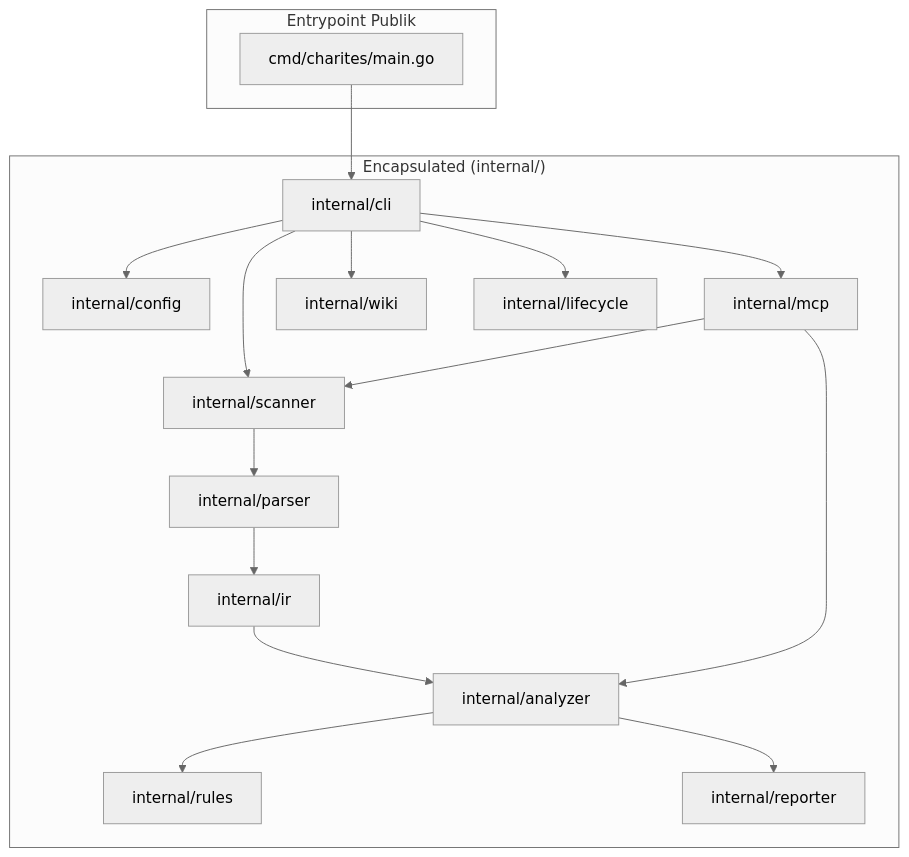
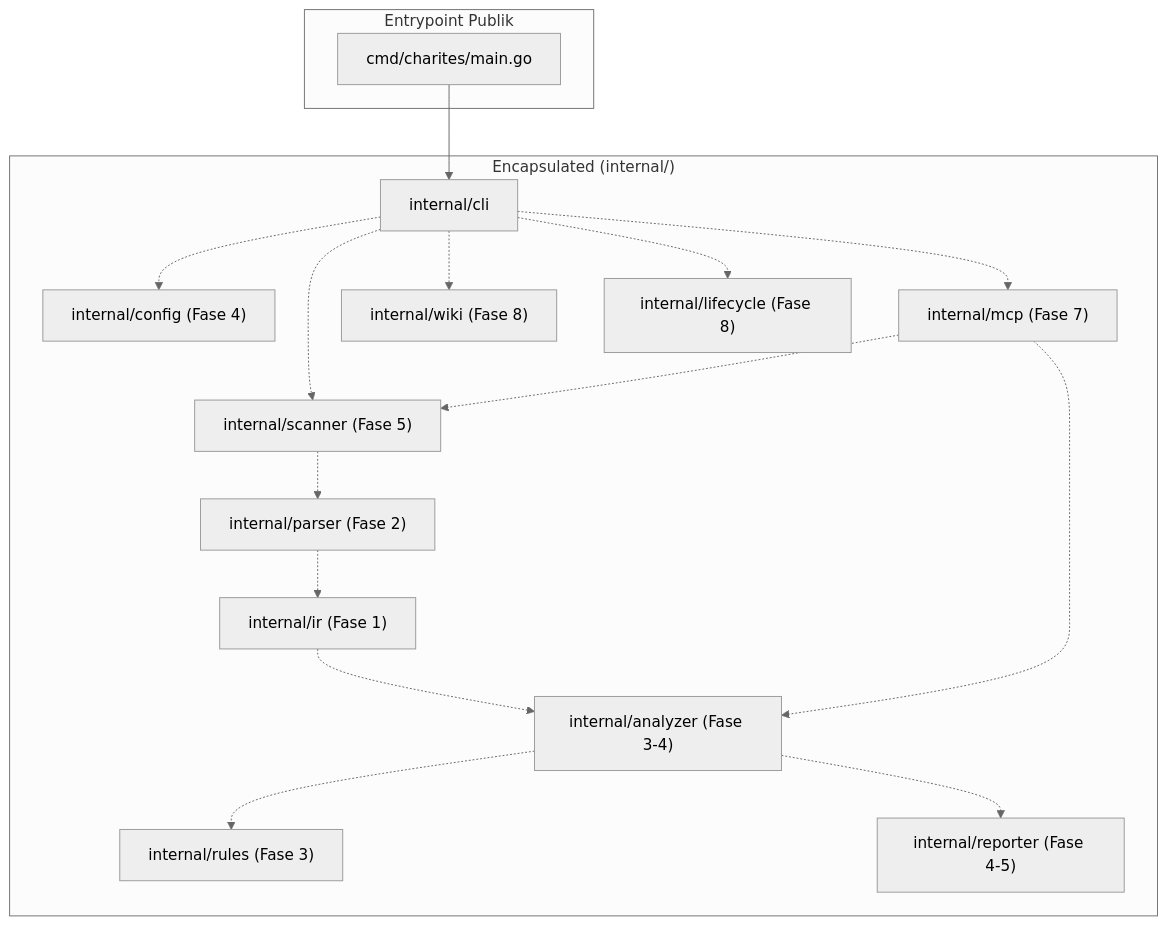
One commit to will2469/charites changed the diagram in docs/02-architecture/00-setup.md. Above: the diagram before and after it, drawn with Mermaid (neutral theme). The commit also changed other lines of this file and 5 other files, not shown here.

````diff
--- a/docs/02-architecture/00-setup.md
+++ b/docs/02-architecture/00-setup.md
@@ -17,34 +27,34 @@
 ```mermaid
 graph TD
     subgraph PublicBoundary ["Entrypoint Publik"]
         Main["cmd/charites/main.go"]
     end
 
     subgraph InternalBoundary ["Encapsulated (internal/)"]
         CLI["internal/cli"]
-        Config["internal/config"]
-        Scanner["internal/scanner"]
-        Parser["internal/parser"]
-        IR["internal/ir"]
-        Analyzer["internal/analyzer"]
-        Rules["internal/rules"]
-        Reporter["internal/reporter"]
-        MCP["internal/mcp"]
-        Wiki["internal/wiki"]
-        Lifecycle["internal/lifecycle"]
+        Config["internal/config (Fase 4)"]
+        Scanner["internal/scanner (Fase 5)"]
+        Parser["internal/parser (Fase 2)"]
+        IR["internal/ir (Fase 1)"]
+        Analyzer["internal/analyzer (Fase 3-4)"]
+        Rules["internal/rules (Fase 3)"]
+        Reporter["internal/reporter (Fase 4-5)"]
+        MCP["internal/mcp (Fase 7)"]
+        Wiki["internal/wiki (Fase 8)"]
+        Lifecycle["internal/lifecycle (Fase 8)"]
     end
 
     Main --> CLI
-    CLI --> Config
-    CLI --> Scanner
-    CLI --> MCP
-    CLI --> Wiki
-    CLI --> Lifecycle
-    Scanner --> Parser
-    Parser --> IR
-    IR --> Analyzer
-    Analyzer --> Rules
-    Analyzer --> Reporter
-    MCP --> Scanner
-    MCP --> Analyzer
+    CLI -.-> Config
+    CLI -.-> Scanner
+    CLI -.-> MCP
+    CLI -.-> Wiki
+    CLI -.-> Lifecycle
+    Scanner -.-> Parser
+    Parser -.-> IR
+    IR -.-> Analyzer
+    Analyzer -.-> Rules
+    Analyzer -.-> Reporter
+    MCP -.-> Scanner
+    MCP -.-> Analyzer
 ```
````
